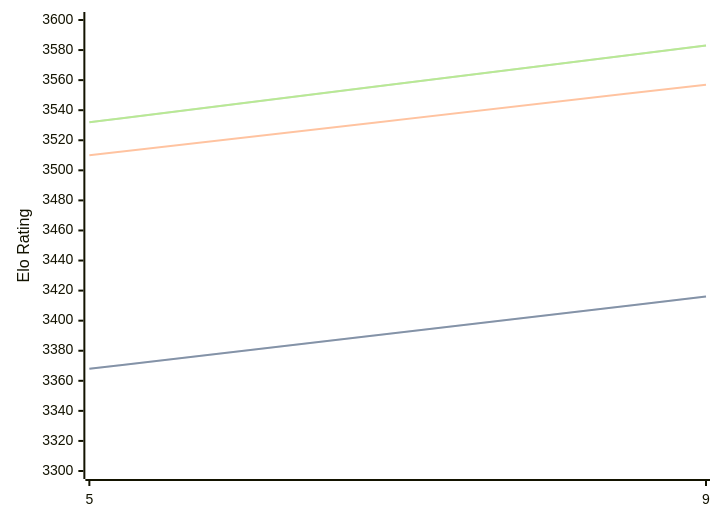
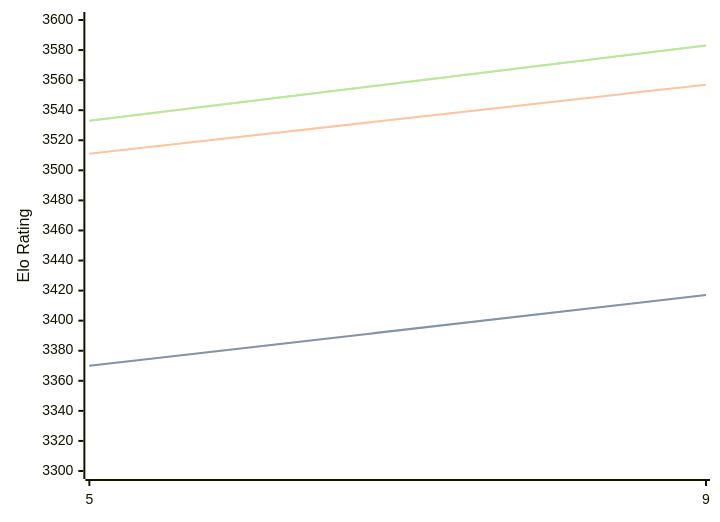
Before and after one commit to computer-chess-index/cci: the diagram in engines/Crystal.md, drawn with Mermaid. The commit also changed other lines of this file, not shown here.

Commit message:
Update CCI Ratings (ELO VLTC) - 2026-08-10

````diff
--- a/engines/Crystal.md
+++ b/engines/Crystal.md
@@ -32,11 +32,11 @@
 ```mermaid
 %%{init: {"theme":"base","themeVariables":{"seriesColors:['#a3a3a3','#222221','#faa371']}}}%%
 xychart-beta
   x-axis ["5", "9"]
   y-axis "Elo Rating" 3300 --> 3600
-  line "STC (8.0+0.08s)" [3368, 3416]
-  line "STC (8.0+0.08s)" [3368, 3416]
-  line "LTC (60.0+0.60s)" [3510, 3557]
-  line "VLTC (2m24s+1.12s)" [3532, 3583]
-  line "VLTC (2m24s+1.12s)" [3532, 3583]
+  line "STC (8.0+0.08s)" [3370, 3417]
+  line "STC (8.0+0.08s)" [3370, 3417]
+  line "LTC (60.0+0.60s)" [3511, 3557]
+  line "VLTC (2m24s+1.12s)" [3533, 3583]
+  line "VLTC (2m24s+1.12s)" [3533, 3583]
 ```
````
